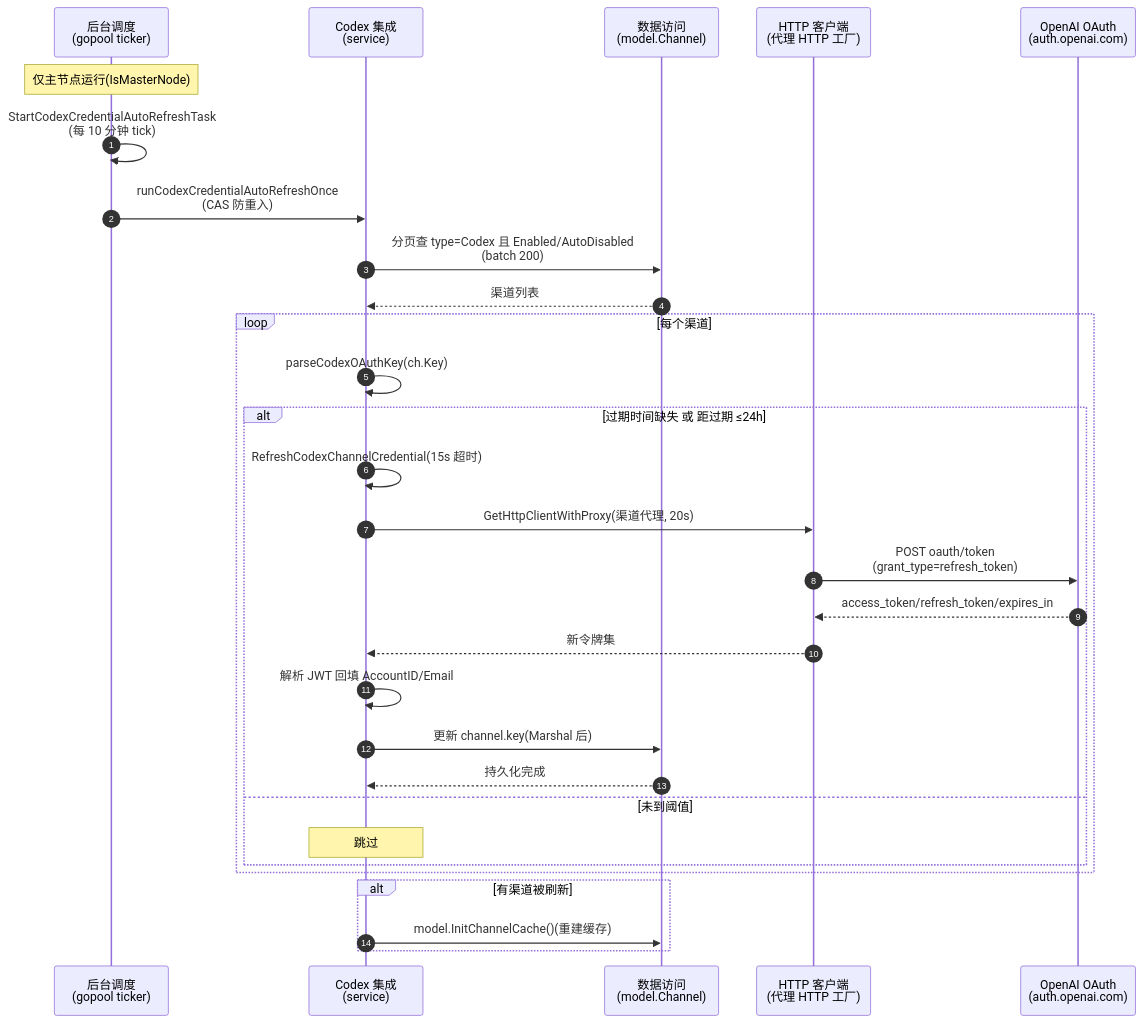
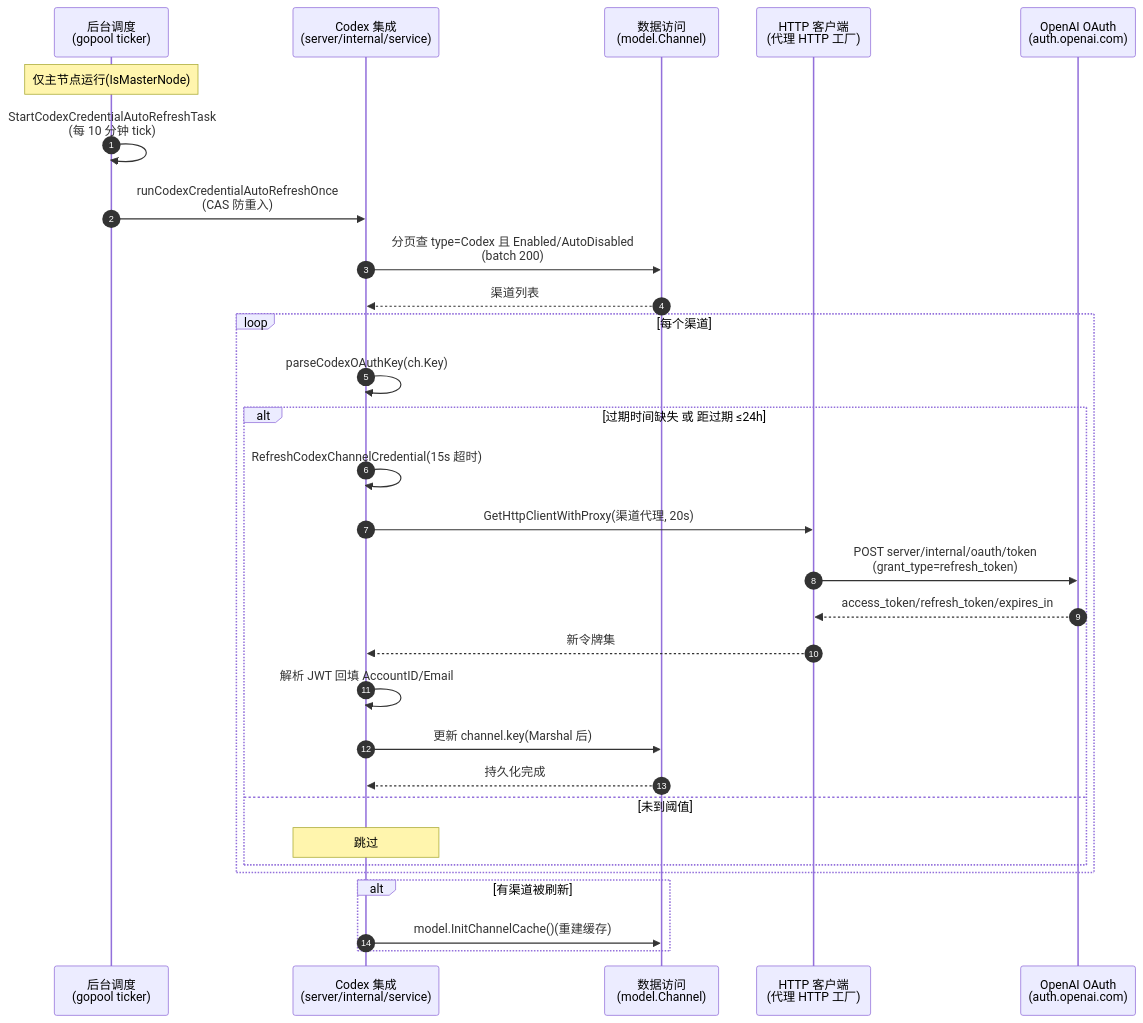
One commit to ChaosXu/new-api changed the diagram in specs/03-ARCH/L3/new-api/flows/codex-credential-refresh.md. Above: the diagram before and after it, drawn with Mermaid. The commit also changed other lines of this file and 52 other files, not shown here.

````diff
--- a/specs/03-ARCH/L3/new-api/flows/codex-credential-refresh.md
+++ b/specs/03-ARCH/L3/new-api/flows/codex-credential-refresh.md
@@ -7,33 +7,33 @@
 ```mermaid
 sequenceDiagram
     autonumber
     participant Sched as 后台调度<br/>(gopool ticker)
-    participant Codex as Codex 集成<br/>(service)
+    participant Codex as Codex 集成<br/>(server/internal/service)
     participant Data as 数据访问<br/>(model.Channel)
     participant Http as HTTP 客户端<br/>(代理 HTTP 工厂)
     participant OAuth as OpenAI OAuth<br/>(auth.openai.com)
 
     Note over Sched: 仅主节点运行(IsMasterNode)
     Sched->>Sched: StartCodexCredentialAutoRefreshTask<br/>(每 10 分钟 tick)
     Sched->>Codex: runCodexCredentialAutoRefreshOnce<br/>(CAS 防重入)
     Codex->>Data: 分页查 type=Codex 且 Enabled/AutoDisabled<br/>(batch 200)
     Data-->>Codex: 渠道列表
     loop 每个渠道
         Codex->>Codex: parseCodexOAuthKey(ch.Key)
         alt 过期时间缺失 或 距过期 ≤24h
             Codex->>Codex: RefreshCodexChannelCredential(15s 超时)
             Codex->>Http: GetHttpClientWithProxy(渠道代理, 20s)
-            Http->>OAuth: POST oauth/token<br/>(grant_type=refresh_token)
+            Http->>OAuth: POST server/internal/oauth/token<br/>(grant_type=refresh_token)
             OAuth-->>Http: access_token/refresh_token/expires_in
             Http-->>Codex: 新令牌集
             Codex->>Codex: 解析 JWT 回填 AccountID/Email
             Codex->>Data: 更新 channel.key(Marshal 后)
             Data-->>Codex: 持久化完成
         else 未到阈值
             Note over Codex: 跳过
         end
     end
     alt 有渠道被刷新
         Codex->>Data: model.InitChannelCache()(重建缓存)
     end
 ```
````
